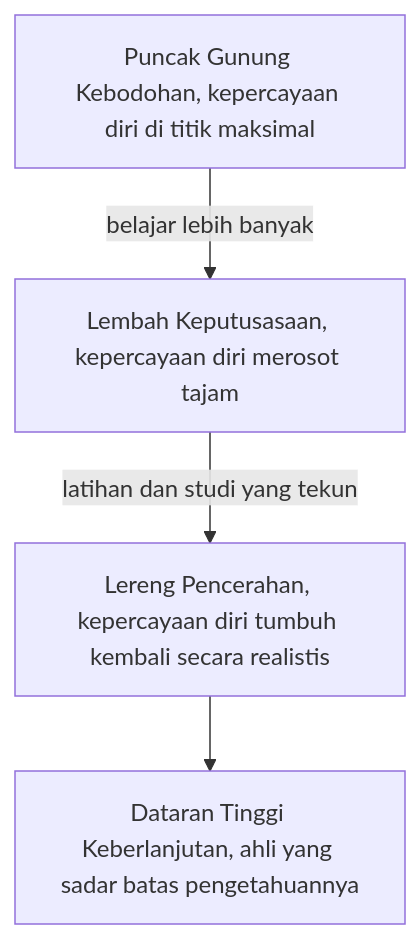
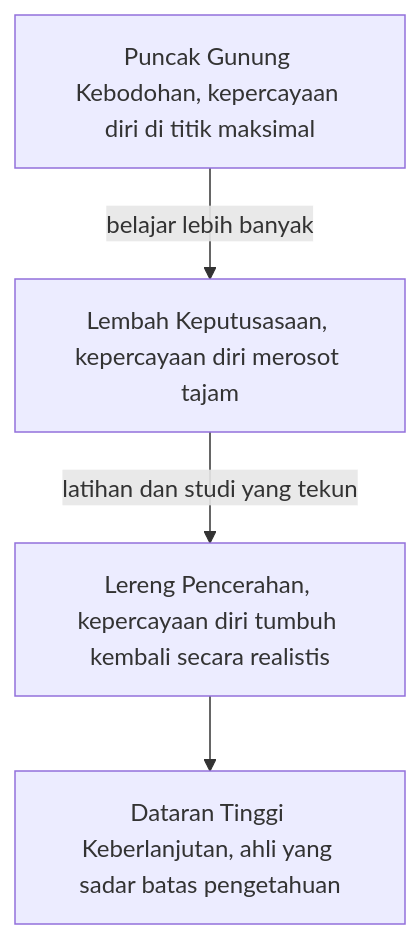
One commit to belajarcarabelajar/dawnbook changed the diagram in books/bias-kognitif/src/content/06_efek-dunning-kruger-paradoks-ketidaktahuan.md. Above: the diagram before and after it, drawn with Mermaid. The commit also changed 20 other files, not shown here.

Commit message:
fix(books): reword eight diagram labels whose long words the 110 px wrap split mid-word

````diff
--- a/books/bias-kognitif/src/content/06_efek-dunning-kruger-paradoks-ketidaktahuan.md
+++ b/books/bias-kognitif/src/content/06_efek-dunning-kruger-paradoks-ketidaktahuan.md
@@ -41,8 +41,8 @@
 ```mermaid
 flowchart TD
     accTitle: Empat tahap perjalanan pengetahuan dalam Dunning-Kruger Effect
     accDescr: Perjalanan dimulai di Puncak Gunung Kebodohan dengan kepercayaan diri di titik maksimal, turun ke Lembah Keputusasaan saat seseorang belajar lebih banyak, naik ke Lereng Pencerahan melalui latihan dan studi yang tekun, lalu berakhir di Dataran Tinggi Keberlanjutan saat seseorang menjadi ahli yang sadar batas pengetahuannya.
     A["Puncak Gunung Kebodohan, kepercayaan diri di titik maksimal"] -->|"belajar lebih banyak"| B["Lembah Keputusasaan, kepercayaan diri merosot tajam"]
     B -->|"latihan dan studi yang tekun"| C["Lereng Pencerahan, kepercayaan diri tumbuh kembali secara realistis"]
-    C --> D["Dataran Tinggi Keberlanjutan, ahli yang sadar batas pengetahuannya"]
+    C --> D["Dataran Tinggi Keberlanjutan, ahli yang sadar batas pengetahuan"]
 ```
````
